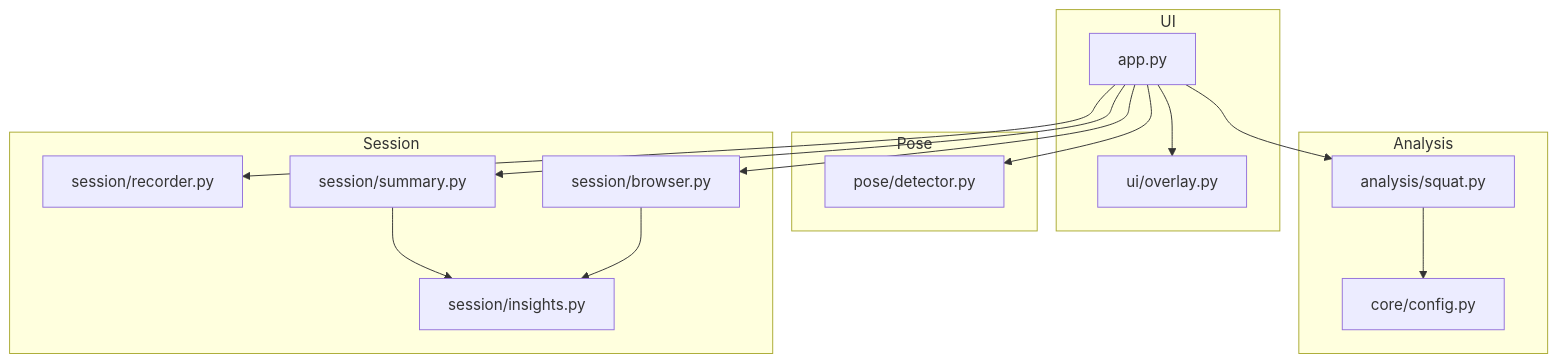
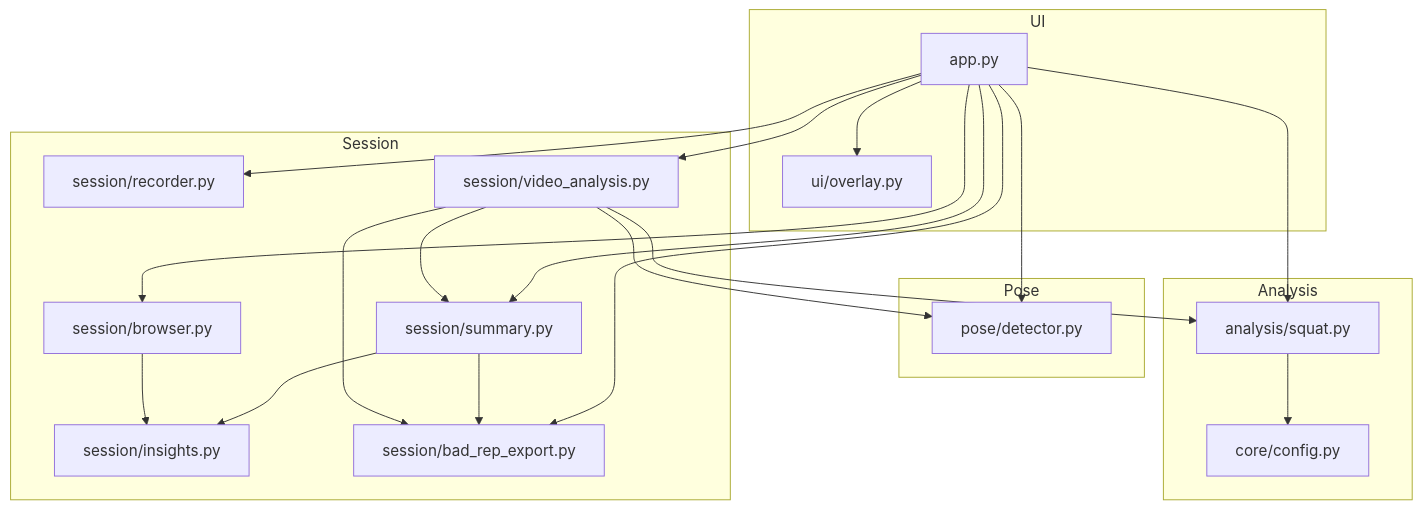
The fourth of 4 diagrams in docs/final-project-artifacts.md (minababo/GymGuardian), drawn with Mermaid before and after one commit. The commit also changed other lines of this file and 3 other files, not shown here.

````diff
--- a/docs/final-project-artifacts.md
+++ b/docs/final-project-artifacts.md
@@ -81,33 +94,42 @@
 ```mermaid
 flowchart TB
     subgraph UI
         APP[app.py]
         OVERLAY[ui/overlay.py]
     end
 
     subgraph Analysis
         SQUAT[analysis/squat.py]
         CONFIG[core/config.py]
     end
 
     subgraph Pose
         DETECTOR[pose/detector.py]
     end
 
     subgraph Session
         RECORDER[session/recorder.py]
         SUMMARY[session/summary.py]
         BROWSER[session/browser.py]
         INSIGHTS[session/insights.py]
+        BADEXP[session/bad_rep_export.py]
+        VIDANAL[session/video_analysis.py]
     end
 
     APP --> DETECTOR
     APP --> SQUAT
     APP --> OVERLAY
     APP --> RECORDER
     APP --> SUMMARY
     APP --> BROWSER
+    APP --> BADEXP
+    APP --> VIDANAL
     SQUAT --> CONFIG
     SUMMARY --> INSIGHTS
     BROWSER --> INSIGHTS
+    SUMMARY --> BADEXP
+    VIDANAL --> DETECTOR
+    VIDANAL --> SQUAT
+    VIDANAL --> SUMMARY
+    VIDANAL --> BADEXP
 ```
````
